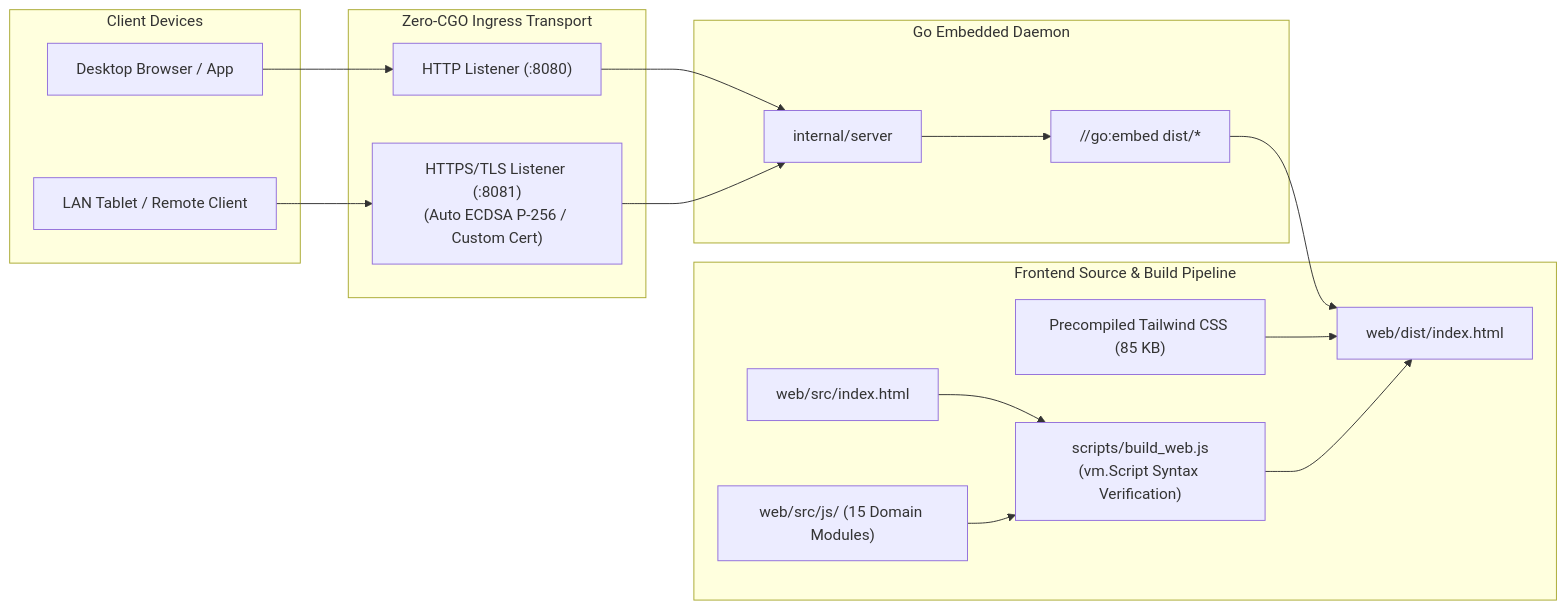
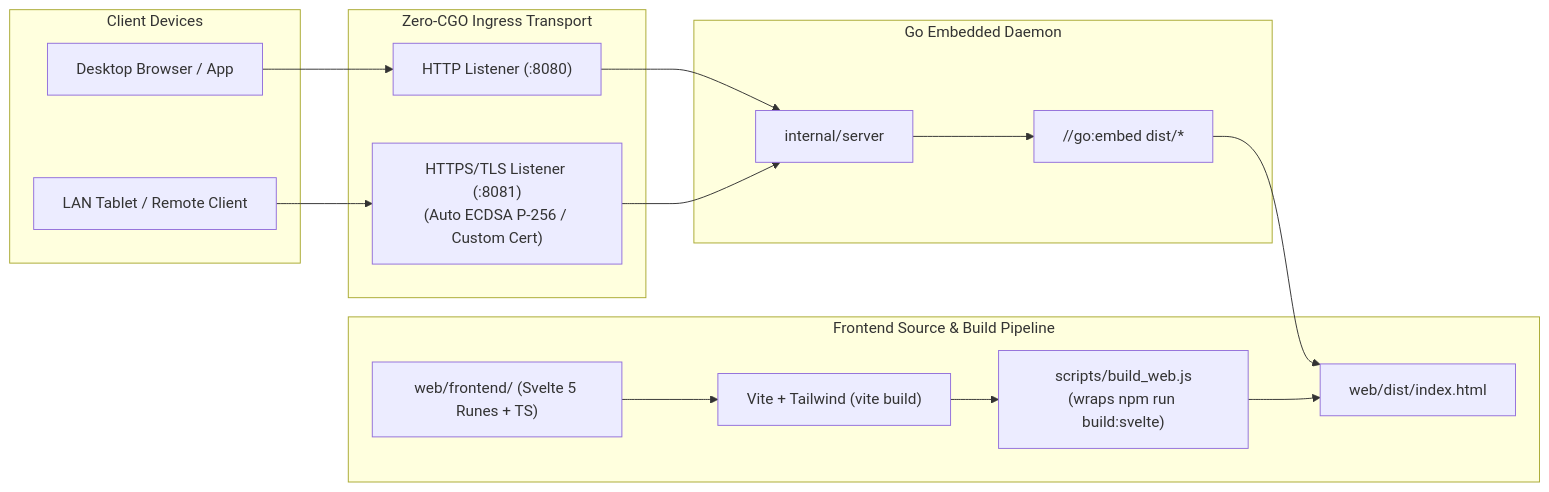
One commit to herliansyah/sqlfox changed diagram 24 of 25 in ARCHITECTURE.md. Above: the diagram before and after it, drawn with Mermaid. The commit also changed other lines of this file and 34 other files, not shown here.

First line of the commit message:
refactor(web): retarget test suite and infra to the Svelte frontend

````diff
--- a/ARCHITECTURE.md
+++ b/ARCHITECTURE.md
@@ -1217,37 +1217,35 @@
 ```mermaid
 flowchart LR
     subgraph Client ["Client Devices"]
         Desktop["Desktop Browser / App"]
         Tablet["LAN Tablet / Remote Client"]
     end
 
     subgraph Ingress ["Zero-CGO Ingress Transport"]
         HTTP["HTTP Listener (:8080)"]
         HTTPS["HTTPS/TLS Listener (:8081)<br/>(Auto ECDSA P-256 / Custom Cert)"]
     end
 
     subgraph Core ["Go Embedded Daemon"]
         Server["internal/server"]
         Embed["//go:embed dist/*"]
     end
 
     subgraph Pipeline ["Frontend Source & Build Pipeline"]
-        SrcHTML["web/src/index.html"]
-        SrcJS["web/src/js/ (15 Domain Modules)"]
-        Tailwind["Precompiled Tailwind CSS (85 KB)"]
-        Build["scripts/build_web.js<br/>(vm.Script Syntax Verification)"]
+        SvelteSrc["web/frontend/ (Svelte 5 Runes + TS)"]
+        Vite["Vite + Tailwind (vite build)"]
+        Build["scripts/build_web.js<br/>(wraps npm run build:svelte)"]
         DistHTML["web/dist/index.html"]
     end
 
     Desktop --> HTTP
     Tablet --> HTTPS
     HTTP --> Server
     HTTPS --> Server
     Server --> Embed
     Embed --> DistHTML
 
-    SrcHTML --> Build
-    SrcJS --> Build
-    Tailwind --> DistHTML
+    SvelteSrc --> Vite
+    Vite --> Build
     Build --> DistHTML
 ```
````
